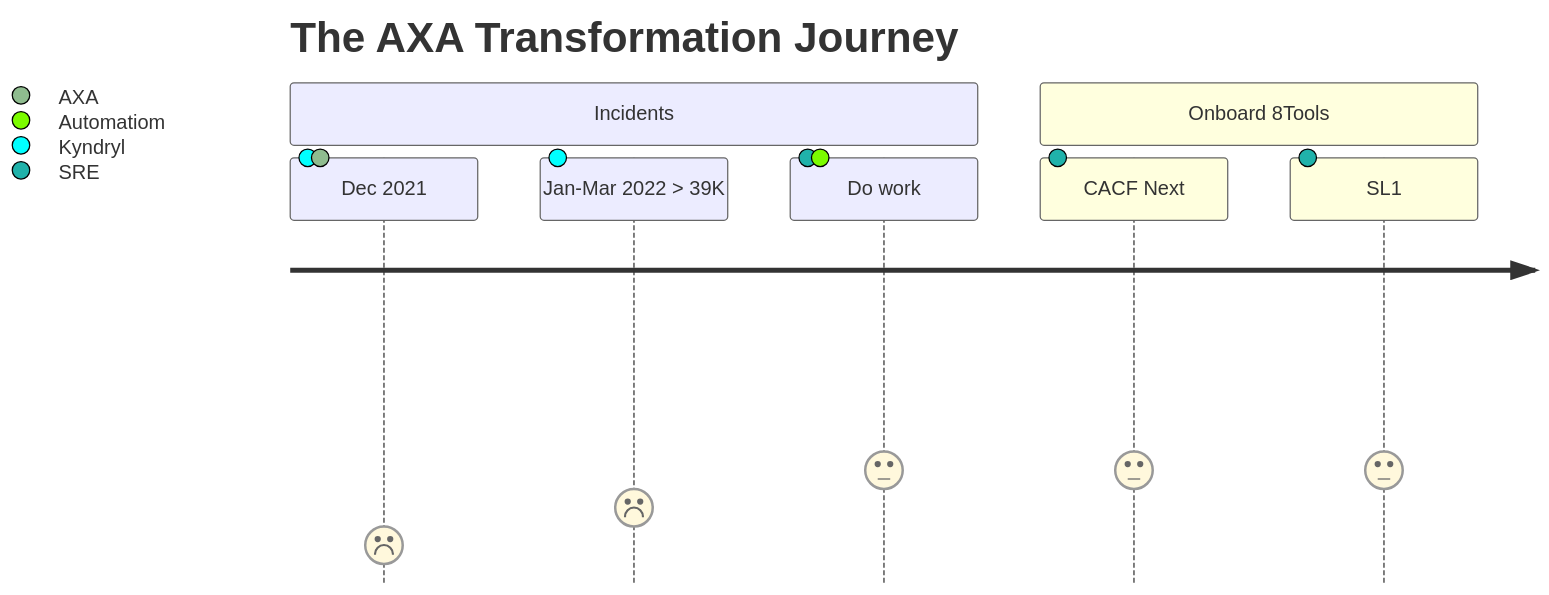
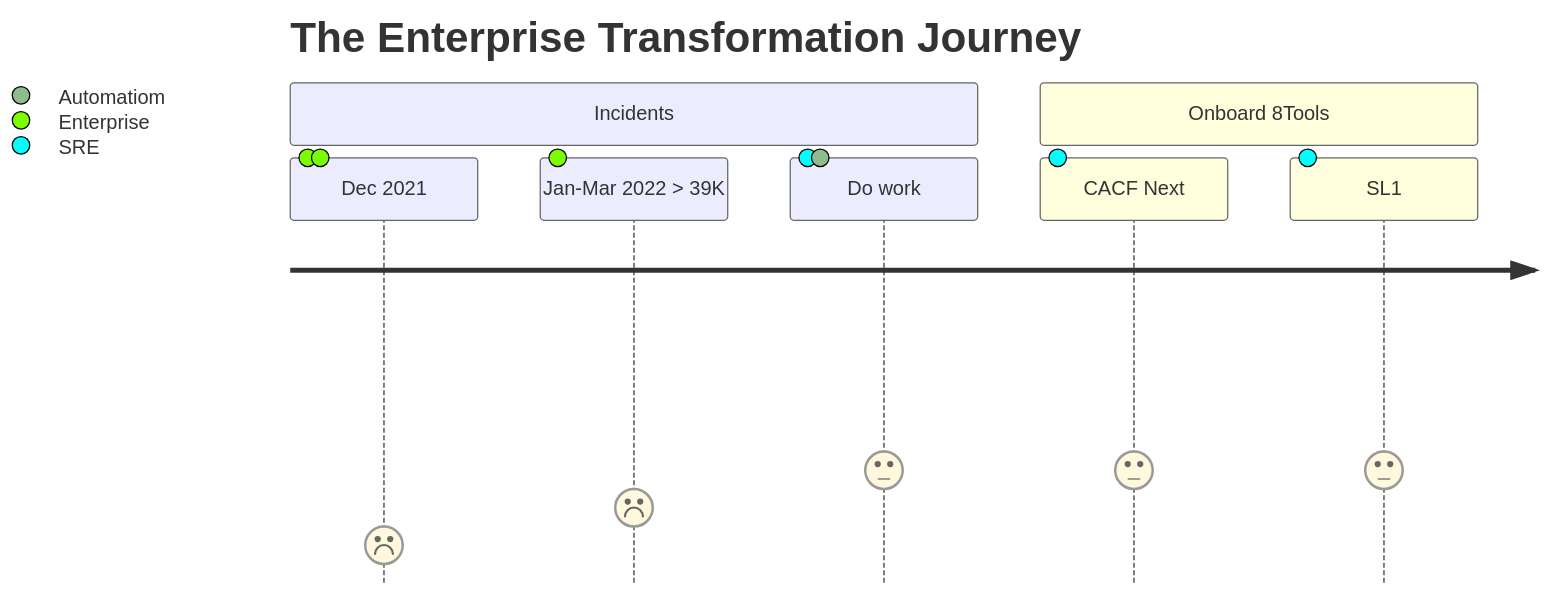
The first of 2 diagrams in docs/sre/8tools/overview.md (spnizen/cognitive-automation), drawn with Mermaid before and after one commit. The commit also changed other lines of this file and 112 other files, not shown here.

````diff
--- a/docs/sre/8tools/overview.md
+++ b/docs/sre/8tools/overview.md
@@ -60,11 +60,11 @@
         ``` mermaid
           journey
-          title The AXA Transformation Journey
+          title The Enterprise Transformation Journey
           section Incidents
-            Dec 2021: 1: Kyndryl,AXA
-            Jan-Mar 2022 > 39K: 2: Kyndryl
+            Dec 2021: 1: Enterprise,Enterprise
+            Jan-Mar 2022 > 39K: 2: Enterprise
             Do work: 3: SRE, Automatiom
           section Onboard 8Tools
             CACF Next: 3: SRE
             SL1: 3: SRE
         ```
````
